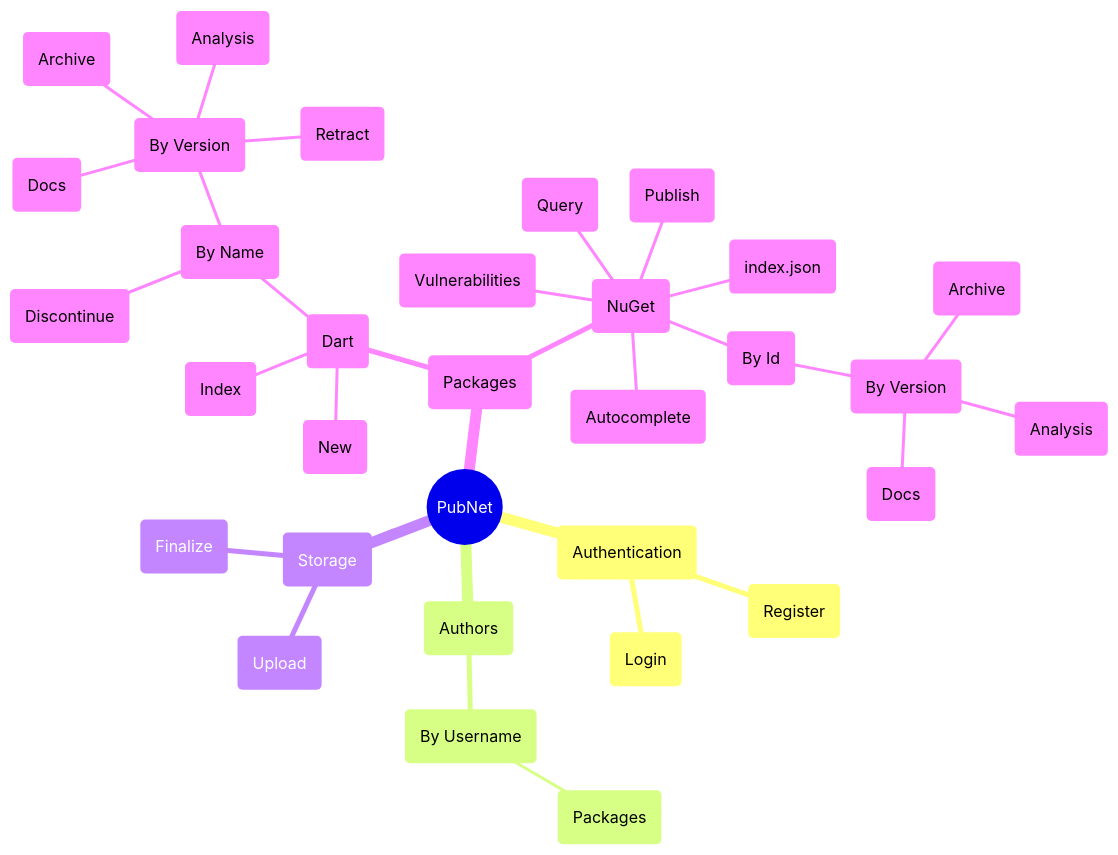
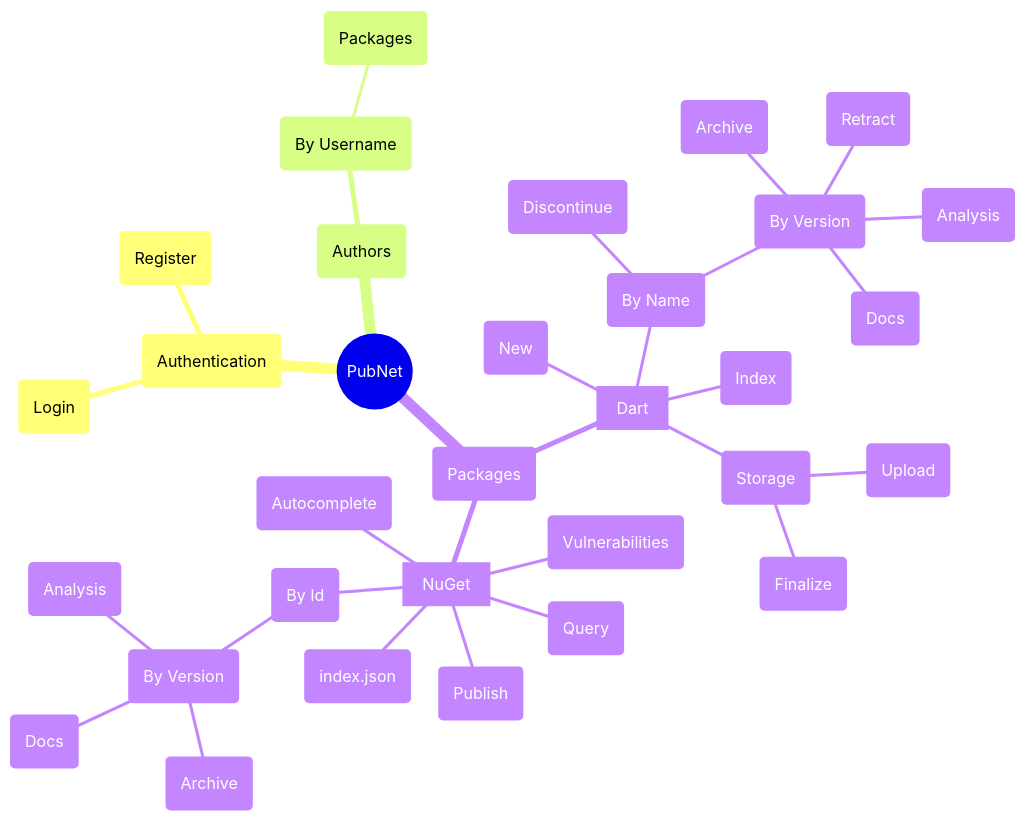
One commit to ricardoboss/PubNet changed the second of 3 diagrams in Architecture.md. Above: the diagram before and after it, drawn with Mermaid.

Commit message:
Move storage to below Dart

````diff
--- a/Architecture.md
+++ b/Architecture.md
@@ -18,35 +18,35 @@
 ```mermaid
 mindmap
   root((PubNet))
     Authentication(Authentication)
       Login(Login)
       Register(Register)
     Authors(Authors)
       By Username(By Username)
         Packages(Packages)
-    Storage(Storage)
-        Upload(Upload)
-        Finalize(Finalize)
     Packages(Packages)
-      Dart(Dart)
+      Dart[Dart]
         New(New)
         Index(Index)
         By Name(By Name)
           Discontinue(Discontinue)
           By Version(By Version)
             Archive(Archive)
             Docs(Docs)
             Analysis(Analysis)
             Retract(Retract)
-      NuGet(NuGet)
+        Storage(Storage)
+            Upload(Upload)
+            Finalize(Finalize)
+      NuGet[NuGet]
         Publish(Publish)
         index.json(index.json)
         Query(Query)
         Autocomplete(Autocomplete)
         Vulnerabilities(Vulnerabilities)
         By Id(By Id)
           By Version(By Version)
             Archive(Archive)
             Docs(Docs)
             Analysis(Analysis)
 ```
````
